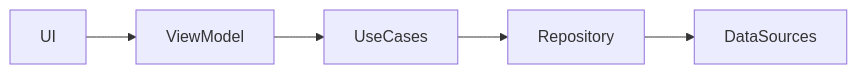
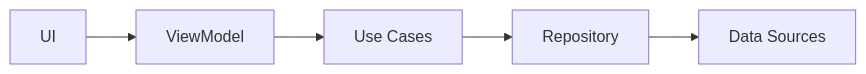
One commit to chirijose79-ui/Chiri changed the fifth of 21 diagrams in docs/040_Android.md. Above: the diagram before and after it, drawn with Mermaid. The commit also changed other lines of this file, not shown here.

Commit message:
docs(android): finalize android architecture

````diff
--- a/docs/040_Android.md
+++ b/docs/040_Android.md
@@ -396,11 +450,19 @@
-```mermaid id="5h8c3r"
+```mermaid
 flowchart LR
 
+    UI["UI"]
+
+    ViewModel["ViewModel"]
+
+    UseCases["Use Cases"]
+
+    Repository["Repository"]
+
+    DataSources["Data Sources"]
+
+
     UI --> ViewModel
-
     ViewModel --> UseCases
-
     UseCases --> Repository
-
     Repository --> DataSources
 ```
````
